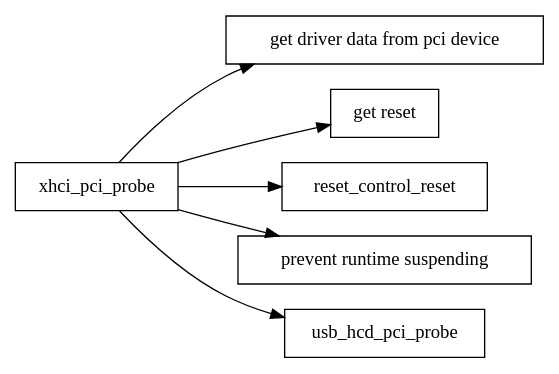
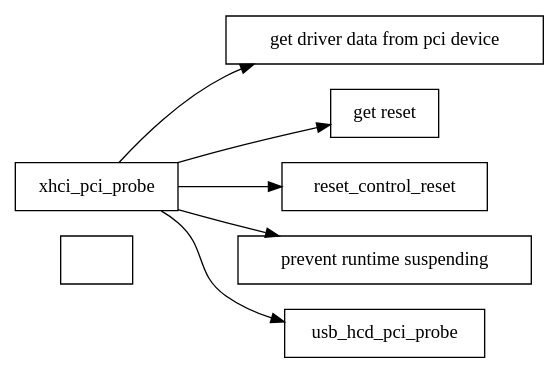
Before and after one commit to Bigyellow722/linux-blog: the first of 2 diagrams in usb/usb-xhci-pci.org, drawn with Graphviz. The commit also changed other lines of this file and 9 other files, not shown here.

```diff
--- a/usb/usb-xhci-pci.org
+++ b/usb/usb-xhci-pci.org
@@ -26,12 +26,16 @@
 #+begin_src dot :file pic/xhci-pci-probe.png
   digraph {
       rankdir=LR;
       node [ shape=record ];
 
+      initialize_the_field_of_xhci [ label = "" ];
+
       xhci_pci_probe -> "get driver data from pci device";
       xhci_pci_probe -> "get reset";
       xhci_pci_probe -> reset_control_reset;
       xhci_pci_probe -> "prevent runtime suspending"
+      /* register the usb 2.0 roothub */
       xhci_pci_probe -> usb_hcd_pci_probe
+
   }
 #+end_src
```
